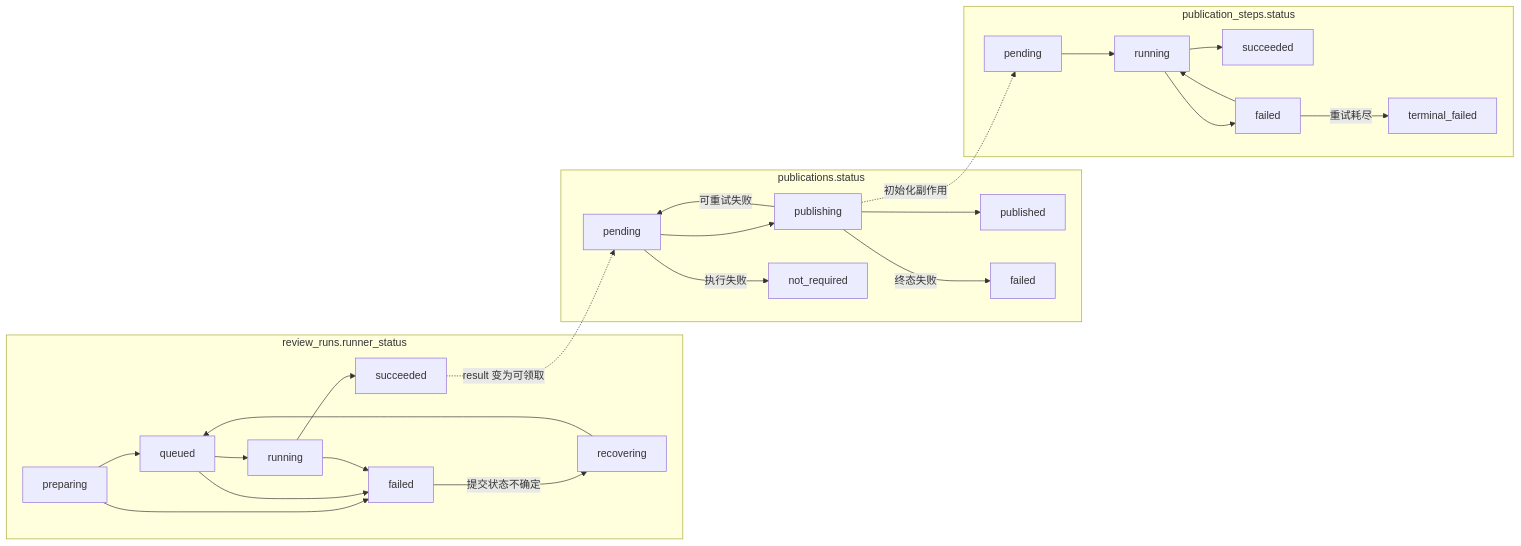
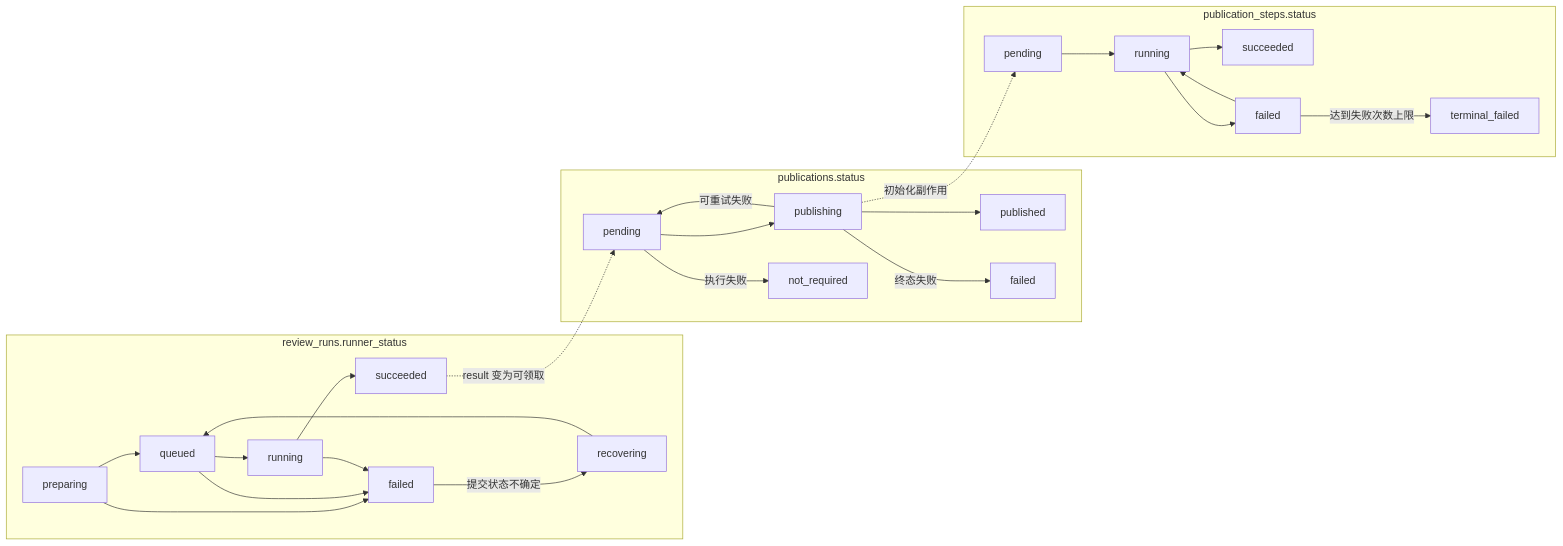
The second of 2 diagrams in control-plane/README.zh.md (Agent-AI-Chalmers/sec-review-bot), drawn with Mermaid before and after one commit. The commit also changed other lines of this file and 12 other files, not shown here.

````diff
--- a/control-plane/README.zh.md
+++ b/control-plane/README.zh.md
@@ -50,27 +50,27 @@
 ```mermaid
 flowchart LR
   subgraph runner[review_runs.runner_status]
     preparing --> queued --> running --> runnersucceeded[succeeded]
     preparing --> failed
     failed -->|提交状态不确定| recovering --> queued
     queued --> failed
     running --> failed
   end
 
   subgraph publication[publications.status]
     pending --> publishing --> published
     publishing -->|可重试失败| pending
     publishing -->|终态失败| pubfailed[failed]
     pending -->|执行失败| notrequired[not_required]
   end
 
   subgraph steps[publication_steps.status]
     steppending[pending] --> runningstep[running] --> succeeded
     runningstep --> stepfailed[failed]
     stepfailed --> runningstep
-    stepfailed -->|重试耗尽| terminalfailed[terminal_failed]
+    stepfailed -->|达到失败次数上限| terminalfailed[terminal_failed]
   end
 
   runnersucceeded -.->|result 变为可领取| pending
   publishing -.->|初始化副作用| steppending
 ```
````
